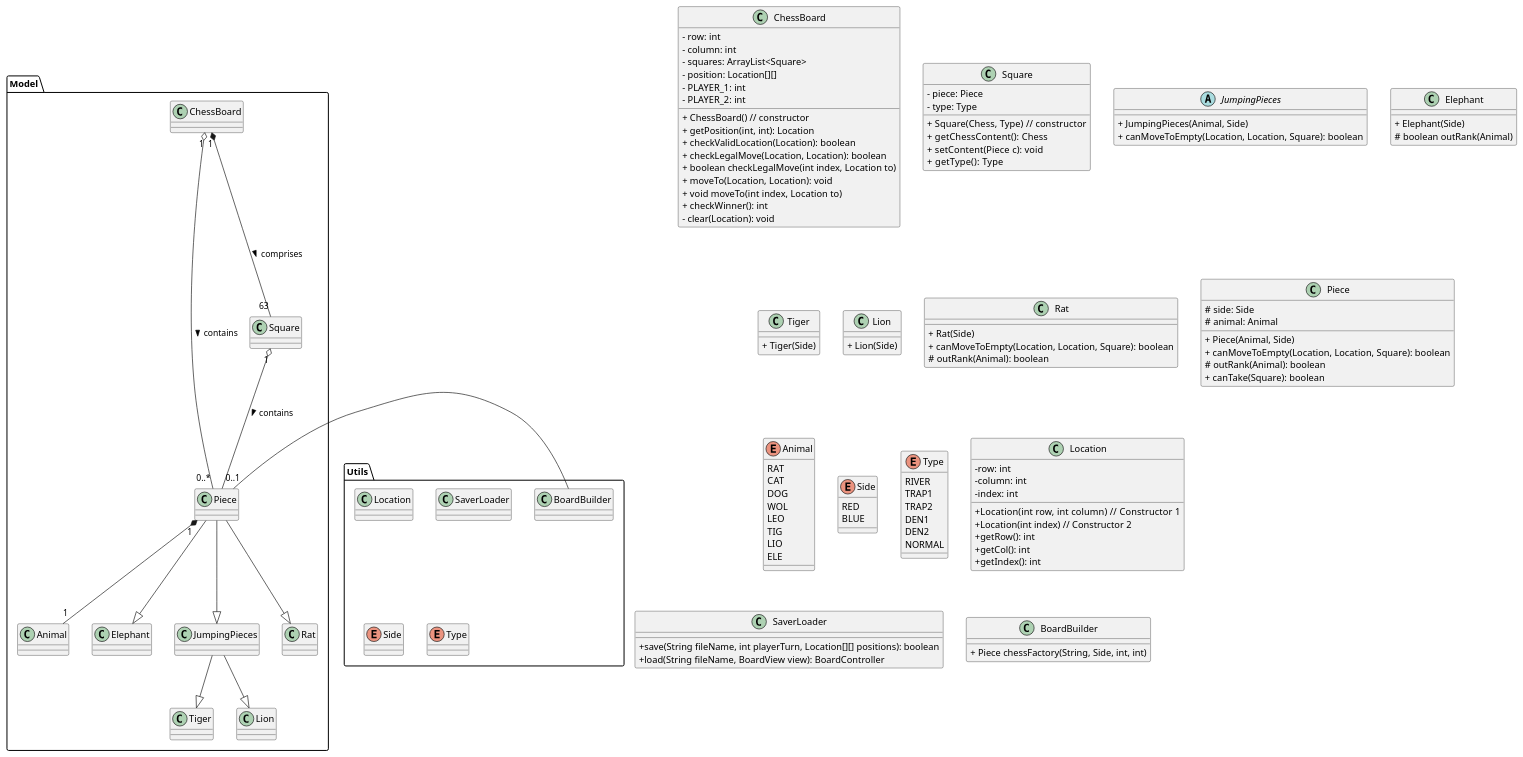
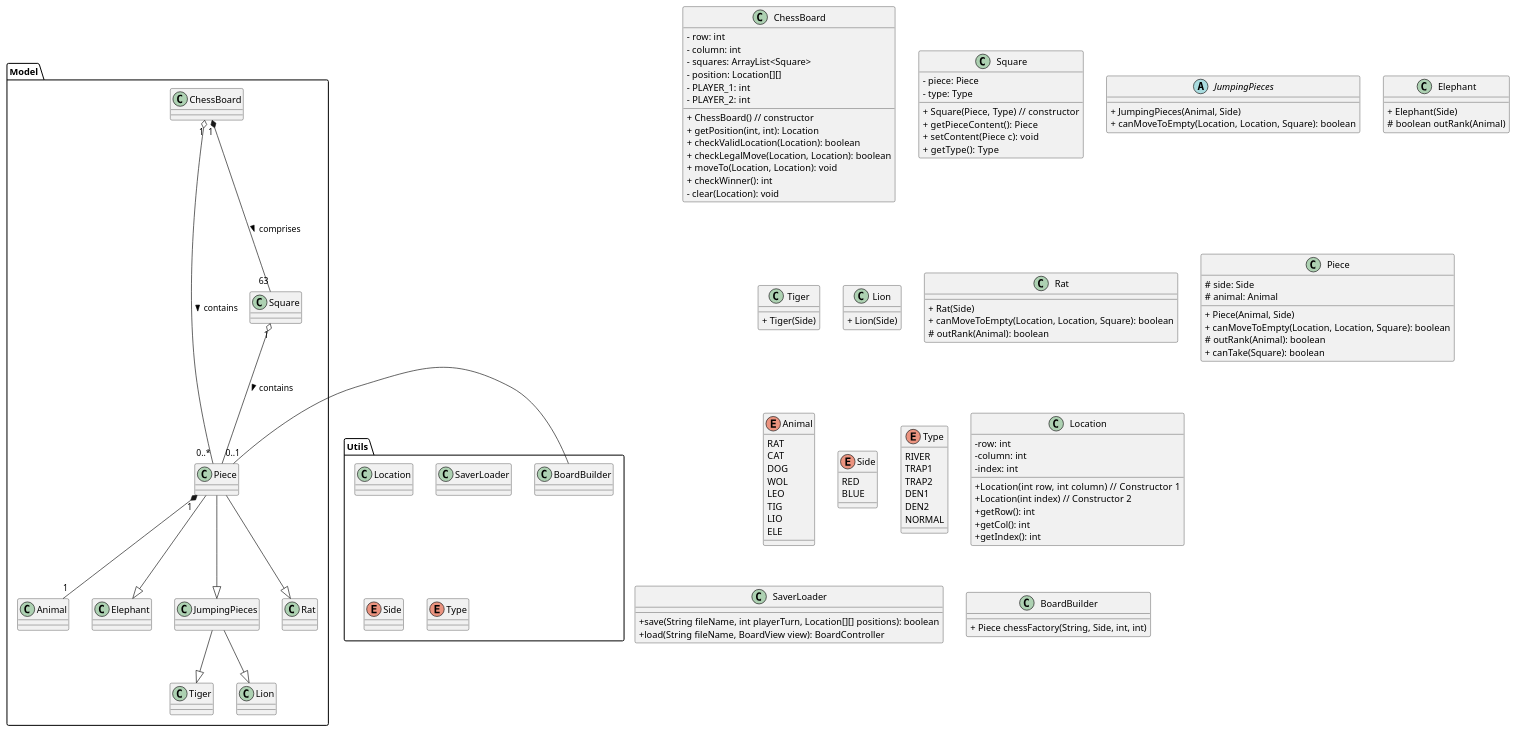
One commit to Edo-kawa/SE-Project changed the diagram in src/main/java/UML/UpdatedClassDiagram.puml. Above: the diagram before and after it, drawn with PlantUML. The commit also changed 18 other files, not shown here.

```diff
--- a/src/main/java/UML/UpdatedClassDiagram.puml
+++ b/src/main/java/UML/UpdatedClassDiagram.puml
@@ -1,138 +1,138 @@
 @startuml
 'https://plantuml.com/class-diagram
 
 package "Model" {
     ChessBoard "1" o-- "0..*" Piece: contains >
     ChessBoard "1" *-- "63" Square: comprises >
 
     Square "1" o-- "0..1" Piece: contains >
 
     Piece "1" *-- "1" Animal
     Piece --|> Elephant
     Piece --|> JumpingPieces
     Piece --|> Rat
     JumpingPieces --|> Tiger
     JumpingPieces --|> Lion
 }
 
 package "Utils" {
     class Location
     class SaverLoader
     enum Side
     enum Type
     class BoardBuilder
 }
 
 Piece - BoardBuilder
 
 class ChessBoard {
 <plain>- row: int
 <plain>- column: int
 <plain>- squares: ArrayList<Square>
 <plain>- position: Location[][]
 <plain>- PLAYER_1: int
 <plain>- PLAYER_2: int
 
 <plain>+ ChessBoard() // constructor
 <plain>+ getPosition(int, int): Location
 <plain>+ checkValidLocation(Location): boolean
 <plain>+ checkLegalMove(Location, Location): boolean
-<plain>+ boolean checkLegalMove(int index, Location to)
+'<plain>+ boolean checkLegalMove(int index, Location to)
 <plain>+ moveTo(Location, Location): void
-<plain>+ void moveTo(int index, Location to)
+'<plain>+ void moveTo(int index, Location to)
 <plain>+ checkWinner(): int
 <plain>- clear(Location): void
 }
 
 class Square {
     <plain>- piece: Piece
     <plain>- type: Type
 
-    <plain>+  Square(Chess, Type) // constructor
-    <plain>+  getChessContent(): Chess
+    <plain>+  Square(Piece, Type) // constructor
+    <plain>+  getPieceContent(): Piece
     <plain>+  setContent(Piece c): void
     <plain>+  getType(): Type
 }
 
 Abstract class JumpingPieces{
     <plain>+ JumpingPieces(Animal, Side)
     <plain>+ canMoveToEmpty(Location, Location, Square): boolean
 
 }
 class Elephant{
     <plain>+ Elephant(Side)
 
 
     <plain># boolean outRank(Animal)
 }
 class Tiger{
     <plain>+ Tiger(Side)
 }
 
 class Lion{
     <plain>+ Lion(Side)
 }
 
 class Rat{
     <plain>+ Rat(Side)
     <plain>+ canMoveToEmpty(Location, Location, Square): boolean
     <plain># outRank(Animal): boolean
 }
 
 class Piece {
     <plain># side: Side
     <plain># animal: Animal
 
     <plain>+ Piece(Animal, Side)
     <plain>+ canMoveToEmpty(Location, Location, Square): boolean
     <plain># outRank(Animal): boolean
     <plain>+ canTake(Square): boolean
 }
 
 enum Animal {
     RAT
     CAT
     DOG
     WOL
     LEO
     TIG
     LIO
     ELE
 }
 
 enum Side {
     RED
     BLUE
 }
 
 enum Type {
     RIVER
     TRAP1
     TRAP2
     DEN1
     DEN2
     NORMAL
 }
 
 class Location {
     <plain>-row: int
     <plain>-column: int
     <plain>-index: int
     <plain>+Location(int row, int column)   // Constructor 1
     <plain>+Location(int index) // Constructor 2
     <plain>+getRow(): int
     <plain>+getCol(): int
     <plain>+getIndex(): int
 
 }
 
 class SaverLoader {
     <plain>+save(String fileName, int playerTurn, Location[][] positions): boolean
     <plain>+load(String fileName, BoardView view): BoardController
 }
 
 class BoardBuilder {
     <plain>+ Piece chessFactory(String, Side, int, int)
 }
 
 @enduml
```
